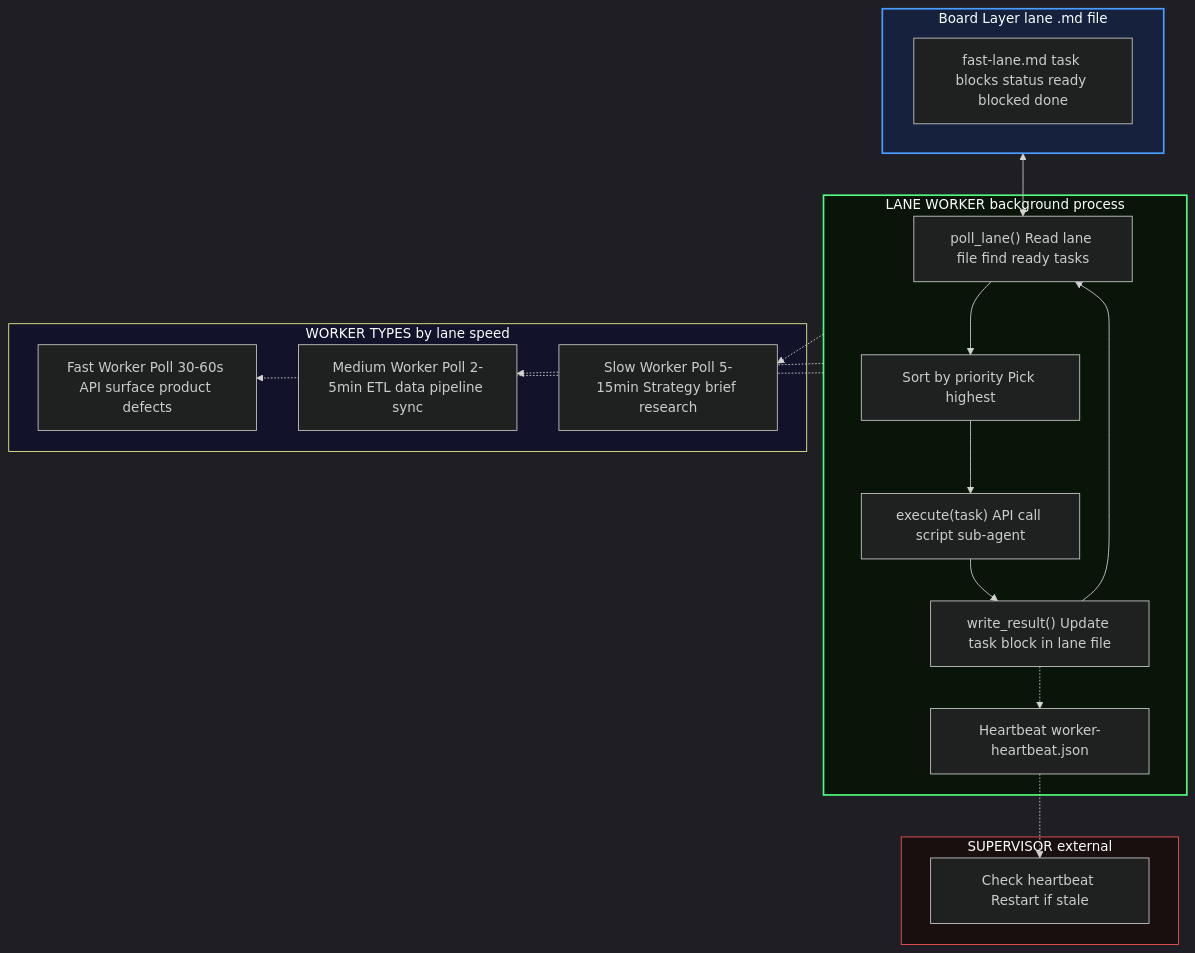
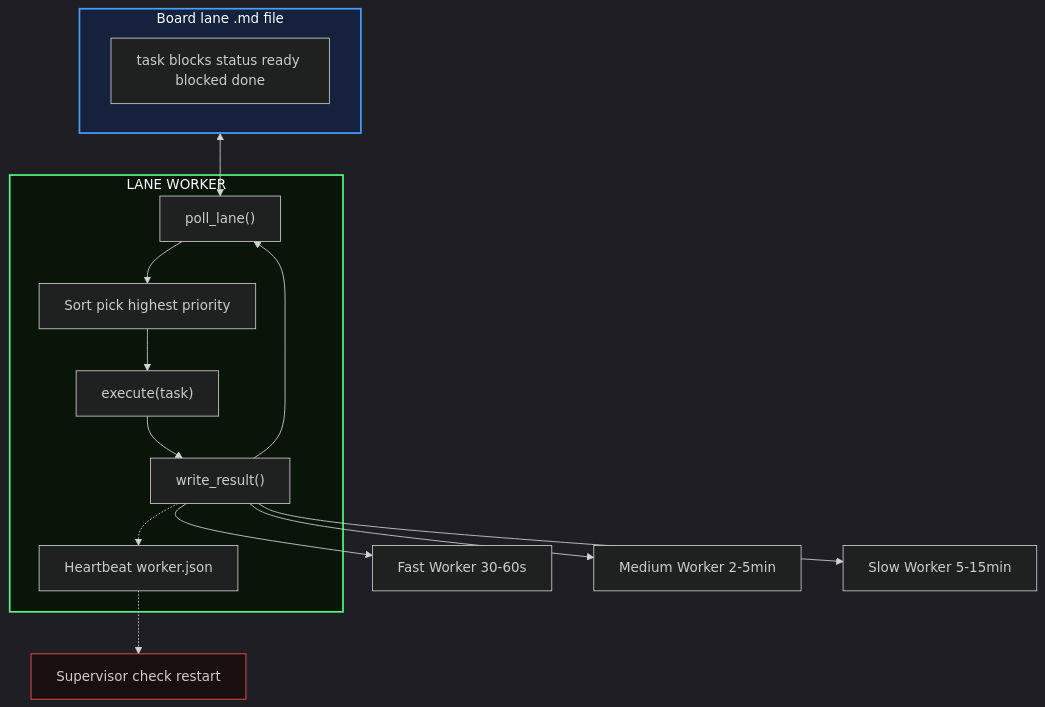
The diagram in diagrams/LANE_WORKERS.mmd (mmartoccia/ghost-orchestration-pattern), drawn with Mermaid before and after one commit. The commit also changed 5 other files, not shown here.

Commit message:
Fix Mermaid init directives - each on own line for proper parsing

````diff
--- a/diagrams/LANE_WORKERS.mmd
+++ b/diagrams/LANE_WORKERS.mmd
@@ -1,38 +1,24 @@
 ```mermaid
-%%{init: {"theme": "dark"}}%%
+%%{init: { "theme": "dark" }}%%
 flowchart TB
-    subgraph BOARD_FILE["Board Layer lane .md file"]
-        LF["fast-lane.md task blocks status ready blocked done"]
+    subgraph LF["Board lane .md file"]
+        L1["task blocks status ready blocked done"]
     end
-
-    subgraph WORKER["LANE WORKER background process"]
-        POLL["poll_lane() Read lane file find ready tasks"]
-        PRIO["Sort by priority Pick highest"]
-        EXEC["execute(task) API call script sub-agent"]
-        WRITE["write_result() Update task block in lane file"]
-        HB["Heartbeat worker-heartbeat.json"]
-        POLL --> PRIO --> EXEC --> WRITE --> POLL
-        WRITE -.-> HB
+    subgraph WORKER["LANE WORKER"]
+        P["poll_lane()"]
+        R["Sort pick highest priority"]
+        E["execute(task)"]
+        W["write_result()"]
+        H["Heartbeat worker.json"]
+        P --> R --> E --> W --> P
+        W -.-> H
     end
-
-    BOARD_FILE <--> POLL
-
-    subgraph SUPERVISOR["SUPERVISOR external"]
-        SUP["Check heartbeat Restart if stale"]
-    end
-    HB -.-> SUP
-
-    subgraph TYPES["WORKER TYPES by lane speed"]
-        FW["Fast Worker Poll 30-60s API surface product defects"]
-        MW["Medium Worker Poll 2-5min ETL data pipeline sync"]
-        SW["Slow Worker Poll 5-15min Strategy brief research"]
-    end
-    WORKER -.-> FW
-    WORKER -.-> MW
-    WORKER -.-> SW
-
-    style BOARD_FILE fill:#16213e,stroke:#4a9eff,stroke-width:2px
+    LF <--> P
+    H -.-> S["Supervisor check restart"]
+    W --> T1["Fast Worker 30-60s"]
+    W --> T2["Medium Worker 2-5min"]
+    W --> T3["Slow Worker 5-15min"]
+    style LF fill:#16213e,stroke:#4a9eff,stroke-width:2px
     style WORKER fill:#0a150a,stroke:#50fa7b,stroke-width:2px
-    style SUPERVISOR fill:#1a0f0f,stroke:#ff5555,stroke-width:1px
-    style TYPES fill:#12122a,stroke:#f1fa8c,stroke-width:1px
+    style S fill:#1a0f0f,stroke:#ff5555,stroke-width:1px
 ```
````
